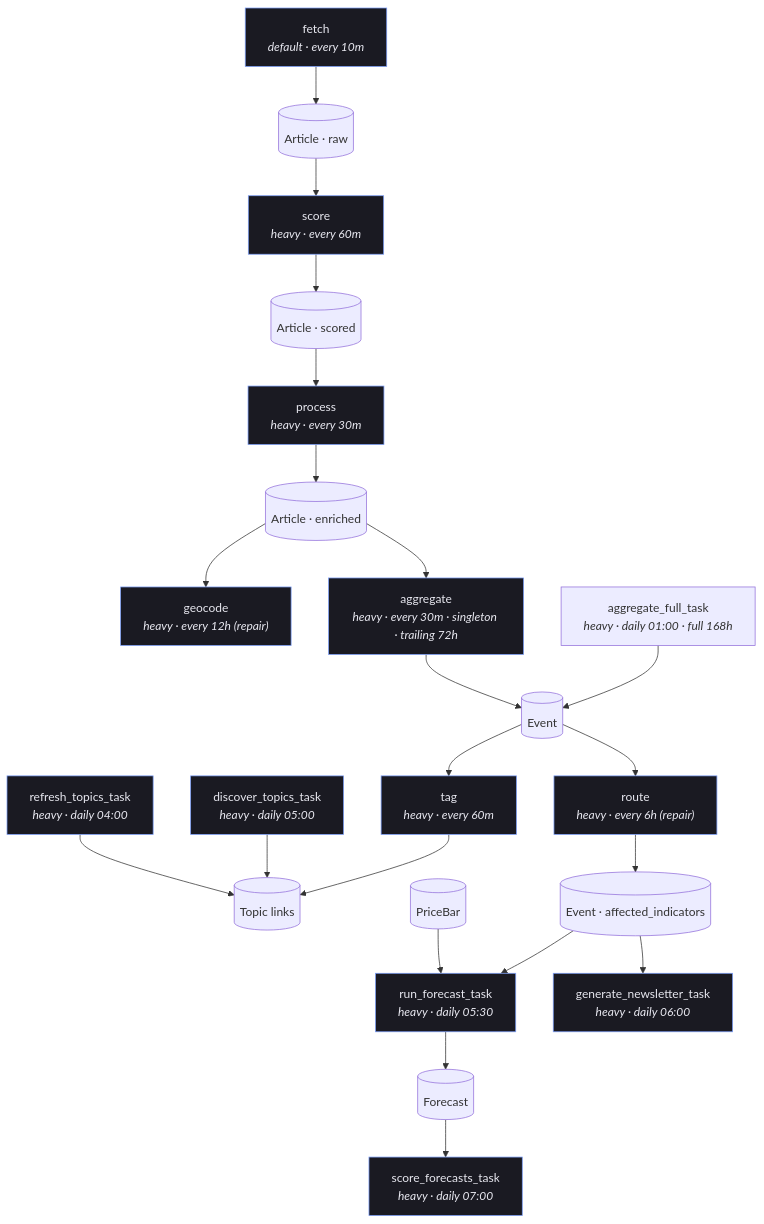
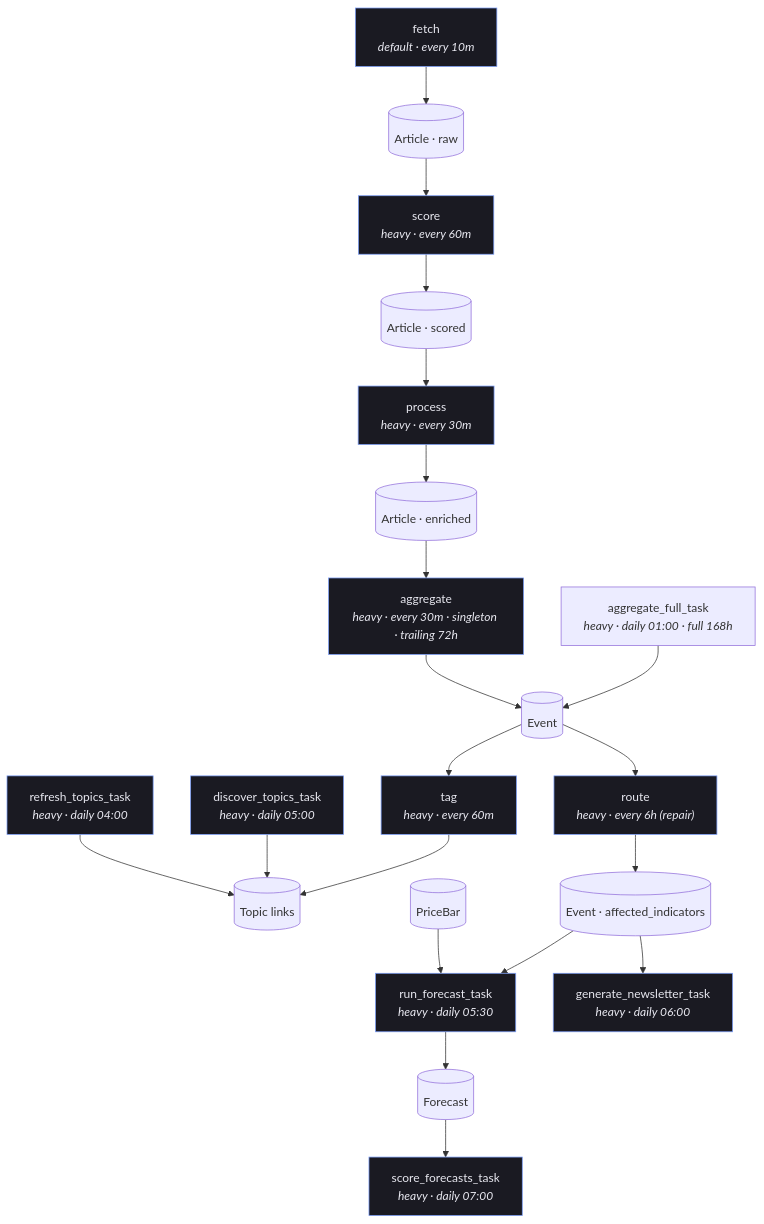
The first of 2 diagrams in docs/pipeline.md (jameelhamdan/event-horizon), drawn with Mermaid before and after one commit. The commit also changed other lines of this file and 24 other files, not shown here.

````diff
--- a/docs/pipeline.md
+++ b/docs/pipeline.md
@@ -31,26 +31,25 @@
 ```mermaid
 flowchart TD
     F["fetch<br/><i>default · every 10m</i>"] --> A0[(Article · raw)]
     A0 --> SC["score<br/><i>heavy · every 60m</i>"]
     SC --> A1[(Article · scored)]
     A1 --> P["process<br/><i>heavy · every 30m</i>"]
     P --> A2[(Article · enriched)]
-    A2 --> GC["geocode<br/><i>heavy · every 12h (repair)</i>"]
     A2 --> AG["aggregate<br/><i>heavy · every 30m · singleton · trailing 72h</i>"]
     AF["aggregate_full_task<br/><i>heavy · daily 01:00 · full 168h</i>"] --> E
     AG --> E[(Event)]
     E --> T["tag<br/><i>heavy · every 60m</i>"]
     E --> RE["route<br/><i>heavy · every 6h (repair)</i>"]
     T --> TL[(Topic links)]
     RE --> EI[(Event · affected_indicators)]
     DT["discover_topics_task<br/><i>heavy · daily 05:00</i>"] --> TL
     RT["refresh_topics_task<br/><i>heavy · daily 04:00</i>"] --> TL
     EI --> RF["run_forecast_task<br/><i>heavy · daily 05:30</i>"]
     PB[(PriceBar)] --> RF
     RF --> FC[(Forecast)]
     FC --> SF["score_forecasts_task<br/><i>heavy · daily 07:00</i>"]
     EI --> GN["generate_newsletter_task<br/><i>heavy · daily 06:00</i>"]
 
     classDef q fill:#1a1a22,stroke:#7c9ef8,color:#e8e8f0;
     class F,SC,P,GC,AG,T,RE,DT,RT,RF,SF,GN q;
 ```
````
